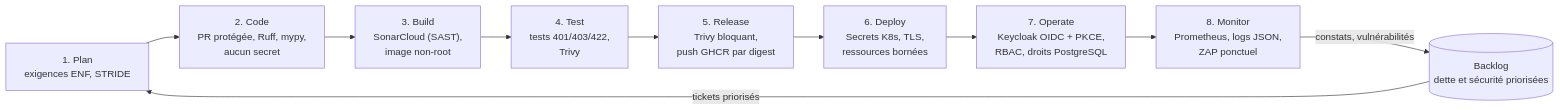
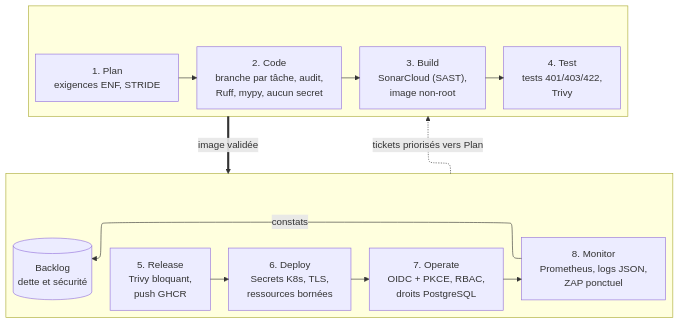
One commit to Luucaaas/collector-poc changed the diagram in docs/01-qualite/devsecops.md. Above: the diagram before and after it, drawn with Mermaid. The commit also changed other lines of this file and 3 other files, not shown here.

Commit message:
Cycle DevSecOps : corrections de l'audit n° 1 (statuts, schéma en deux rangées, README)

````diff
--- a/docs/01-qualite/devsecops.md
+++ b/docs/01-qualite/devsecops.md
@@ -12,17 +12,20 @@
 ```mermaid
-flowchart LR
+%%{init: {"flowchart": {"defaultRenderer": "elk"}}}%%
+flowchart TB
     %% id: cycle-devsecops
-    PLAN["1. Plan<br/>exigences ENF, STRIDE"]
-    CODE["2. Code<br/>PR protégée, Ruff, mypy,<br/>aucun secret"]
-    BUILD["3. Build<br/>SonarCloud (SAST),<br/>image non-root"]
-    TEST["4. Test<br/>tests 401/403/422,<br/>Trivy"]
-    REL["5. Release<br/>Trivy bloquant,<br/>push GHCR par digest"]
-    DEP["6. Deploy<br/>Secrets K8s, TLS,<br/>ressources bornées"]
-    OPS["7. Operate<br/>Keycloak OIDC + PKCE,<br/>RBAC, droits PostgreSQL"]
-    MON["8. Monitor<br/>Prometheus, logs JSON,<br/>ZAP ponctuel"]
-    BACK[("Backlog<br/>dette et sécurité priorisées")]
-
-    PLAN --> CODE --> BUILD --> TEST --> REL --> DEP --> OPS --> MON
-    MON -->|"constats, vulnérabilités"| BACK
-    BACK -->|"tickets priorisés"| PLAN
+    subgraph HAUT[" "]
+        direction LR
+        PLAN["1. Plan<br/>exigences ENF, STRIDE"] --> CODE["2. Code<br/>branche par tâche, audit,<br/>Ruff, mypy, aucun secret"]
+        CODE --> BUILD["3. Build<br/>SonarCloud (SAST),<br/>image non-root"]
+        BUILD --> TEST["4. Test<br/>tests 401/403/422,<br/>Trivy"]
+    end
+    subgraph BAS[" "]
+        direction LR
+        BACK[("Backlog<br/>dette et sécurité")] ~~~ REL["5. Release<br/>Trivy bloquant,<br/>push GHCR"] --> DEP["6. Deploy<br/>Secrets K8s, TLS,<br/>ressources bornées"]
+        DEP --> OPS["7. Operate<br/>OIDC + PKCE, RBAC,<br/>droits PostgreSQL"]
+        OPS --> MON["8. Monitor<br/>Prometheus, logs JSON,<br/>ZAP ponctuel"]
+        MON -->|"constats"| BACK
+    end
+    BAS -.->|"tickets priorisés vers Plan"| HAUT
+    HAUT ==>|"image validée"| BAS
 ```
````
